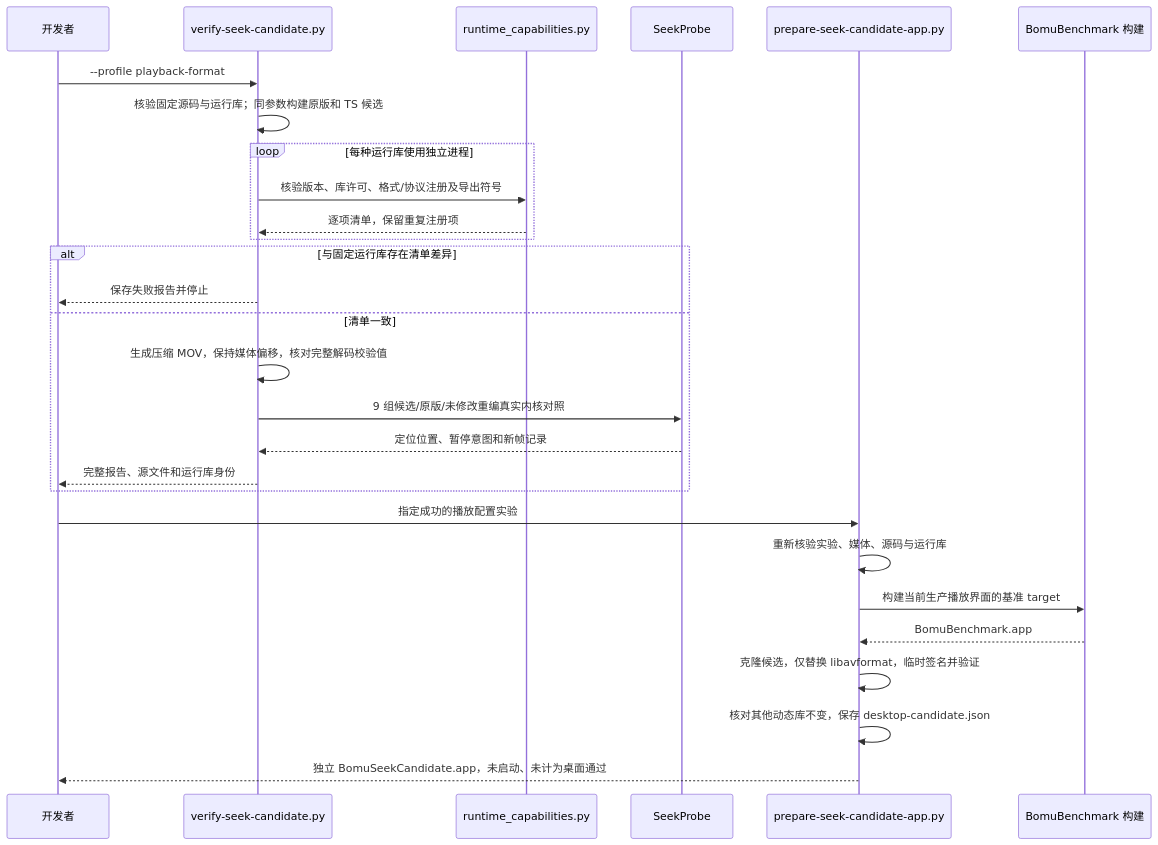
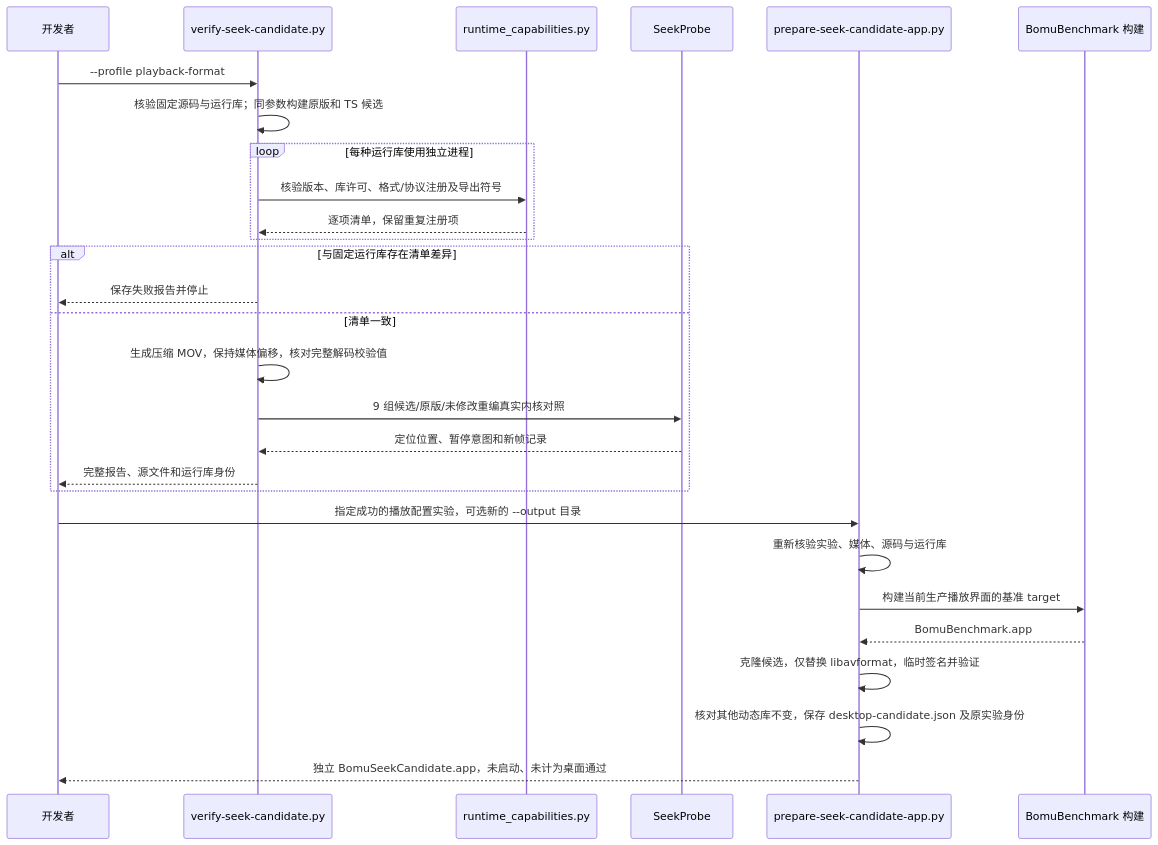
The fourth of 4 diagrams in docs/playback/media-suite/flow.md (tech-zjf/Bomu), drawn with Mermaid before and after one commit. The commit also changed 8 other files, not shown here.

````diff
--- a/docs/playback/media-suite/flow.md
+++ b/docs/playback/media-suite/flow.md
@@ -118,30 +118,30 @@
 ```mermaid
 sequenceDiagram
     participant Dev as 开发者
     participant Verify as verify-seek-candidate.py
     participant Inspect as runtime_capabilities.py
     participant Probe as SeekProbe
     participant Prepare as prepare-seek-candidate-app.py
     participant Xcode as BomuBenchmark 构建
     Dev->>Verify: --profile playback-format
     Verify->>Verify: 核验固定源码与运行库；同参数构建原版和 TS 候选
     loop 每种运行库使用独立进程
         Verify->>Inspect: 核验版本、库许可、格式/协议注册及导出符号
         Inspect-->>Verify: 逐项清单，保留重复注册项
     end
     alt 与固定运行库存在清单差异
         Verify-->>Dev: 保存失败报告并停止
     else 清单一致
         Verify->>Verify: 生成压缩 MOV，保持媒体偏移，核对完整解码校验值
         Verify->>Probe: 9 组候选/原版/未修改重编真实内核对照
         Probe-->>Verify: 定位位置、暂停意图和新帧记录
         Verify-->>Dev: 完整报告、源文件和运行库身份
     end
-    Dev->>Prepare: 指定成功的播放配置实验
+    Dev->>Prepare: 指定成功的播放配置实验，可选新的 --output 目录
     Prepare->>Prepare: 重新核验实验、媒体、源码与运行库
     Prepare->>Xcode: 构建当前生产播放界面的基准 target
     Xcode-->>Prepare: BomuBenchmark.app
     Prepare->>Prepare: 克隆候选，仅替换 libavformat，临时签名并验证
-    Prepare->>Prepare: 核对其他动态库不变，保存 desktop-candidate.json
+    Prepare->>Prepare: 核对其他动态库不变，保存 desktop-candidate.json 及原实验身份
     Prepare-->>Dev: 独立 BomuSeekCandidate.app，未启动、未计为桌面通过
 ```
````
